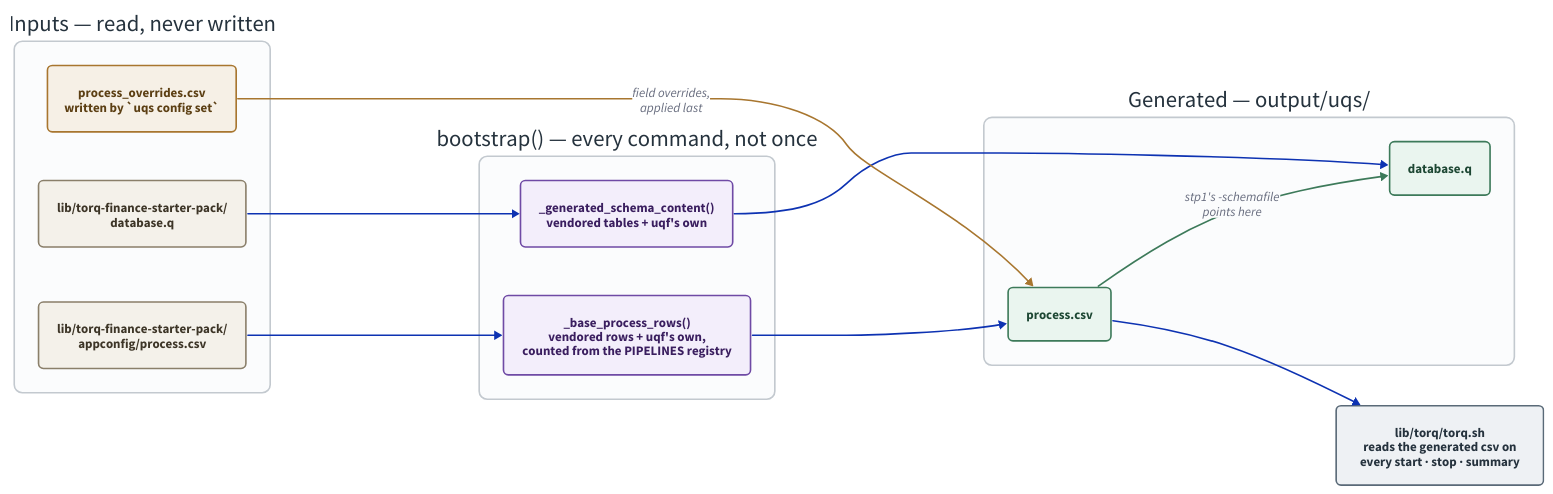
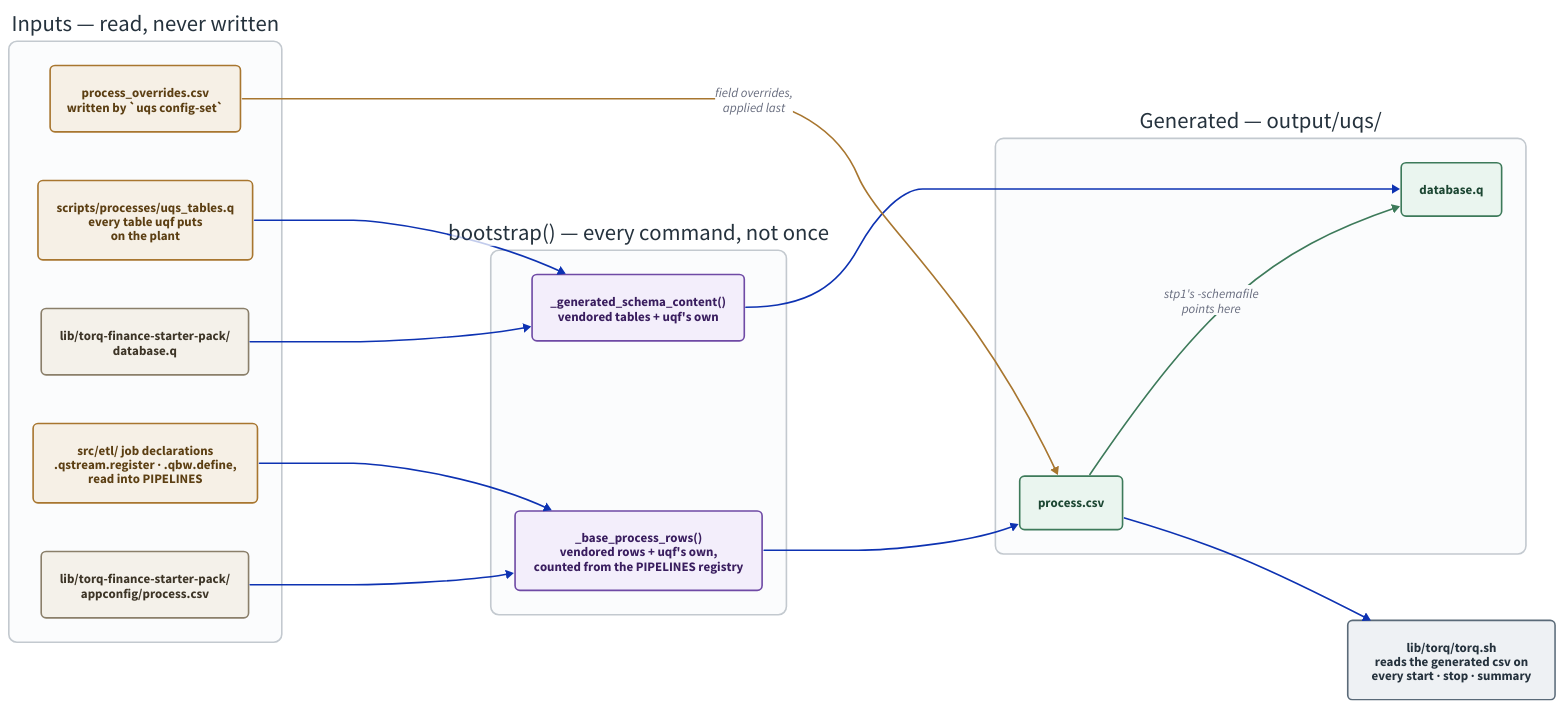
The diagram in docs/diagrams/config-generation.d2 (kwojdalski/uqf), drawn with D2 before and after one commit. The commit also changed 9 other files, not shown here.

First line of the commit message:
docs/diagrams: bring five diagrams up to date with the tree

```diff
--- a/docs/diagrams/config-generation.d2
+++ b/docs/diagrams/config-generation.d2
@@ -1,124 +1,128 @@
 # config-generation.d2 - how the vendored TorQ config becomes the config the
 # stack actually runs on.
 #
 # Rendered by scripts/generate/render_diagrams.py, which CI runs with
 # --check. Embedded from docs/architecture/stack.md.
 #
 # THE RULE THIS DRAWS is H-01: the vendored trees are never written to. Read
 # the vendored file fresh, generate an extended copy, point the running
 # process at the copy. An edit to lib/ would work until the next upgrade and
 # then be silently lost, which is the failure the whole arrangement exists
 # to make impossible.
 #
 # The other thing worth seeing is that there is no setup step. bootstrap()
 # regenerates both outputs on EVERY command - start, stop, summary, all of
 # them - so the generated files are always a fresh function of the vendored
 # tree plus the three small tracked extension files. Nothing here is a state
 # you can get out of sync; the only way to change the output is to change an
 # input.
 
 direction: right
 
 vars: {
   d2-config: {
     pad: 40
   }
 }
 
 classes: {
   vendored: {
     style: {
       fill: "#f4f1ea"
       stroke: "#8a7f6a"
       font-color: "#3d3527"
       border-radius: 6
     }
   }
   tracked: {
     style: {
       fill: "#f6f0e6"
       stroke: "#a8762f"
       font-color: "#5c3f13"
       border-radius: 6
     }
   }
   step: {
     style: {
       fill: "#f3eefb"
       stroke: "#6f4aa5"
       font-color: "#3a1e5f"
       border-radius: 6
     }
   }
   generated: {
     style: {
       fill: "#eaf5ef"
       stroke: "#3d7a5a"
       font-color: "#1d4733"
       border-radius: 6
     }
   }
   consumer: {
     style: {
       fill: "#eef1f4"
       stroke: "#5a6a78"
       font-color: "#25323d"
       border-radius: 6
     }
   }
 }
 
 inputs: "Inputs — read, never written" {
   style: {
     fill: "#fbfcfd"
     stroke: "#c3c9cf"
     stroke-width: 2
     border-radius: 10
     font-color: "#25323d"
   }
 
   # Declared in the order they are consumed - the process.csv inputs, then
   # the database.q ones - so dagre keeps each group near the step it feeds.
   vendored_csv: "lib/torq-finance-starter-pack/\nappconfig/process.csv" { class: vendored }
-  overrides: "process_overrides.csv\nwritten by `uqs config set`" { class: tracked }
+  declarations: "src/etl/ job declarations\n.qstream.register · .qbw.define,\nread into PIPELINES" { class: tracked }
+  overrides: "process_overrides.csv\nwritten by `uqs config-set`" { class: tracked }
   vendored_schema: "lib/torq-finance-starter-pack/\ndatabase.q" { class: vendored }
+  tables: "scripts/processes/uqs_tables.q\nevery table uqf puts\non the plant" { class: tracked }
 }
 
 bootstrap: "bootstrap() — every command, not once" {
   style: {
     fill: "#fbfcfd"
     stroke: "#c3c9cf"
     stroke-width: 2
     border-radius: 10
     font-color: "#25323d"
   }
 
   rows: "_base_process_rows()\nvendored rows + uqf's own,\ncounted from the PIPELINES registry" { class: step }
   schema: "_generated_schema_content()\nvendored tables + uqf's own" { class: step }
 }
 
 outputs: "Generated — output/uqs/" {
   style: {
     fill: "#fbfcfd"
     stroke: "#c3c9cf"
     stroke-width: 2
     border-radius: 10
     font-color: "#25323d"
   }
 
   gen_csv: "process.csv" { class: generated }
   gen_schema: "database.q" { class: generated }
 
   gen_csv -> gen_schema: "stp1's -schemafile\npoints here" { style.stroke: "#3d7a5a" }
 }
 
 torqsh: "lib/torq/torq.sh\nreads the generated csv on\nevery start · stop · summary" { class: consumer }
 
 inputs.vendored_csv -> bootstrap.rows
 inputs.vendored_schema -> bootstrap.schema
+inputs.declarations -> bootstrap.rows
+inputs.tables -> bootstrap.schema
 
 bootstrap.rows -> outputs.gen_csv
 bootstrap.schema -> outputs.gen_schema
 inputs.overrides -> outputs.gen_csv: "field overrides,\napplied last" { style.stroke: "#a8762f" }
 
 outputs.gen_csv -> torqsh
```
